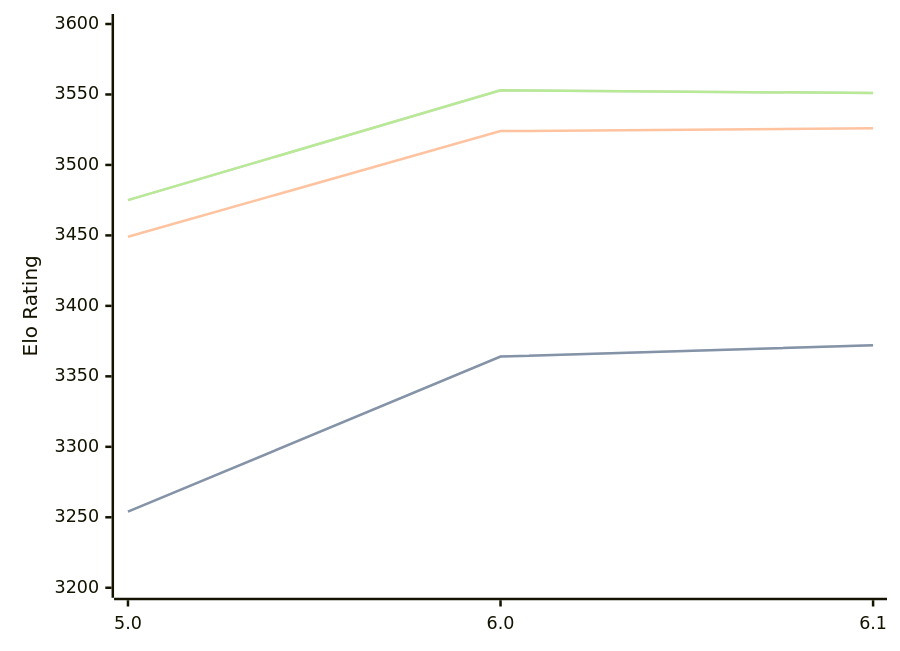
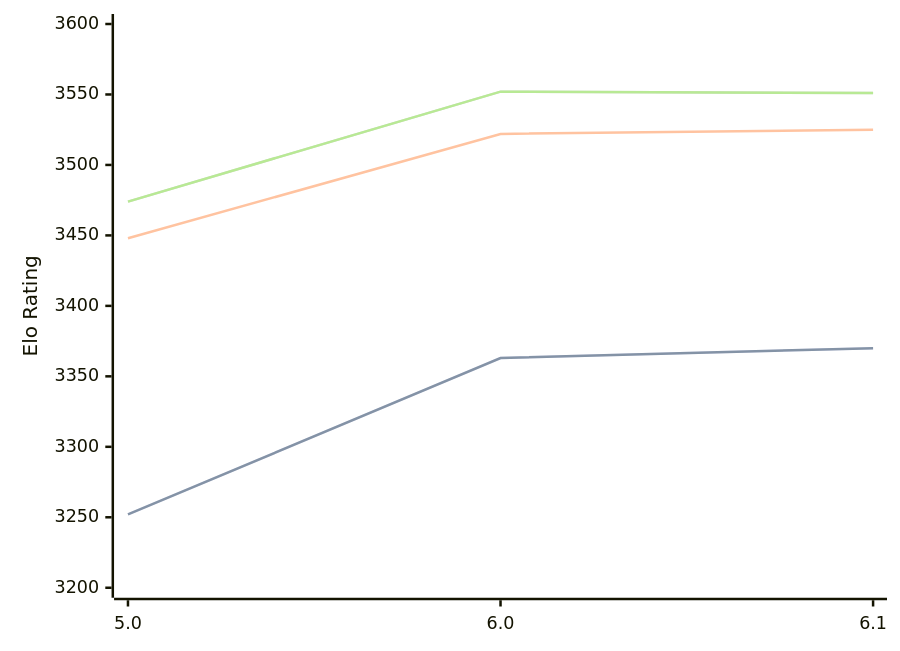
Before and after one commit to computer-chess-index/cci: the diagram in engines/Starzix.md, drawn with Mermaid. The commit also changed other lines of this file, not shown here.

Commit message:
Update CCI Ratings (ELO VLTC) - 2026-03-08

````diff
--- a/engines/Starzix.md
+++ b/engines/Starzix.md
@@ -35,11 +35,11 @@
 ```mermaid
 %%{init: {"theme":"base","themeVariables":{"seriesColors:['#a3a3a3','#222221','#faa371']}}}%%
 xychart-beta
   x-axis ["5.0", "6.0", "6.1"]
   y-axis "Elo Rating" 3200 --> 3600
-  line "STC (8.0+0.08s)" [3254, 3364, 3372]
-  line "STC (8.0+0.08s)" [3254, 3364, 3372]
-  line "LTC (60.0+0.60s)" [3449, 3524, 3526]
-  line "VLTC (2m24s+1.12s)" [3475, 3553, 3551]
-  line "VLTC (2m24s+1.12s)" [3475, 3553, 3551]
+  line "STC (8.0+0.08s)" [3252, 3363, 3370]
+  line "STC (8.0+0.08s)" [3252, 3363, 3370]
+  line "LTC (60.0+0.60s)" [3448, 3522, 3525]
+  line "VLTC (2m24s+1.12s)" [3474, 3552, 3551]
+  line "VLTC (2m24s+1.12s)" [3474, 3552, 3551]
 ```
````
